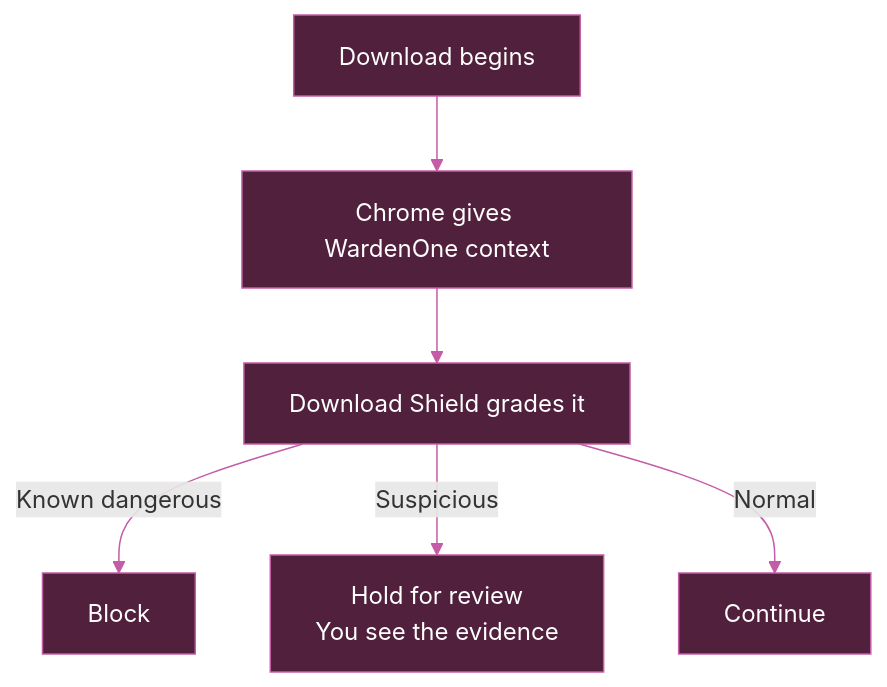
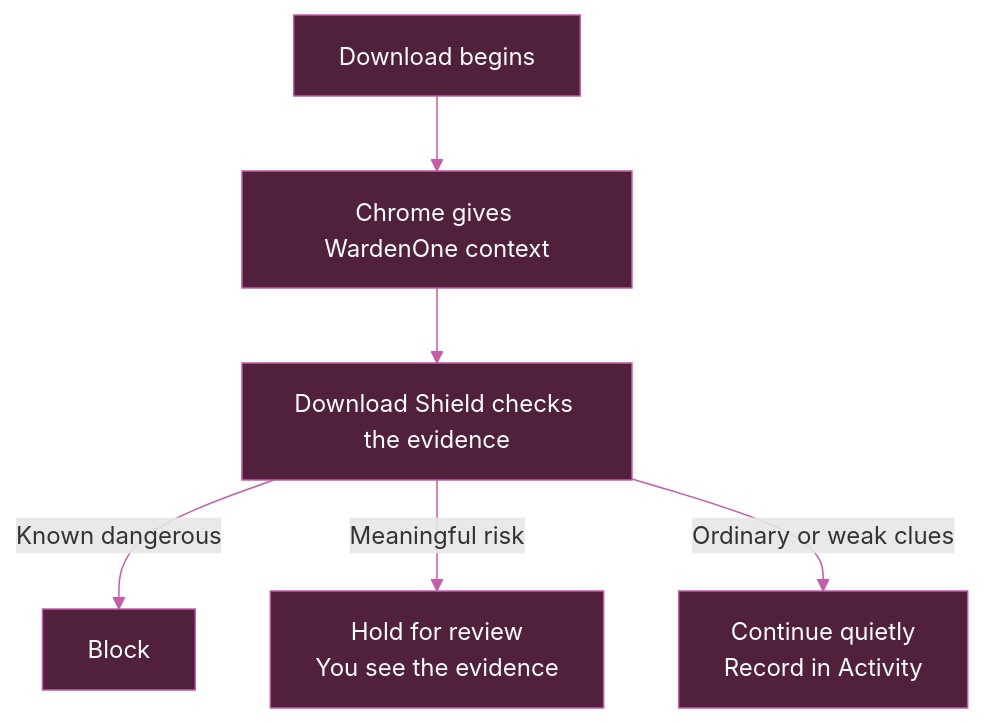
The first of 6 diagrams in README.md (iri-dev/WardenOne), drawn with Mermaid before and after one commit. The commit also changed other lines of this file and 30 other files, not shown here.

````diff
--- a/README.md
+++ b/README.md
@@ -519,11 +519,11 @@
 ```mermaid
 flowchart TB
     Start["Download begins"] --> Context["Chrome gives WardenOne context"]
-    Context --> Grade["Download Shield grades it"]
+    Context --> Grade["Download Shield checks the evidence"]
     Grade -->|Known dangerous| Block["Block"]
-    Grade -->|Suspicious| Review["Hold for review<br/>You see the evidence"]
-    Grade -->|Normal| Continue["Continue"]
+    Grade -->|Meaningful risk| Review["Hold for review<br/>You see the evidence"]
+    Grade -->|Ordinary or weak clues| Continue["Continue quietly<br/>Record in Activity"]
     classDef warden fill:#51203c,stroke:#c45ca7,color:#ffffff
     class Start,Context,Grade,Block,Review,Continue warden
     linkStyle default stroke:#c45ca7
 ```
````
